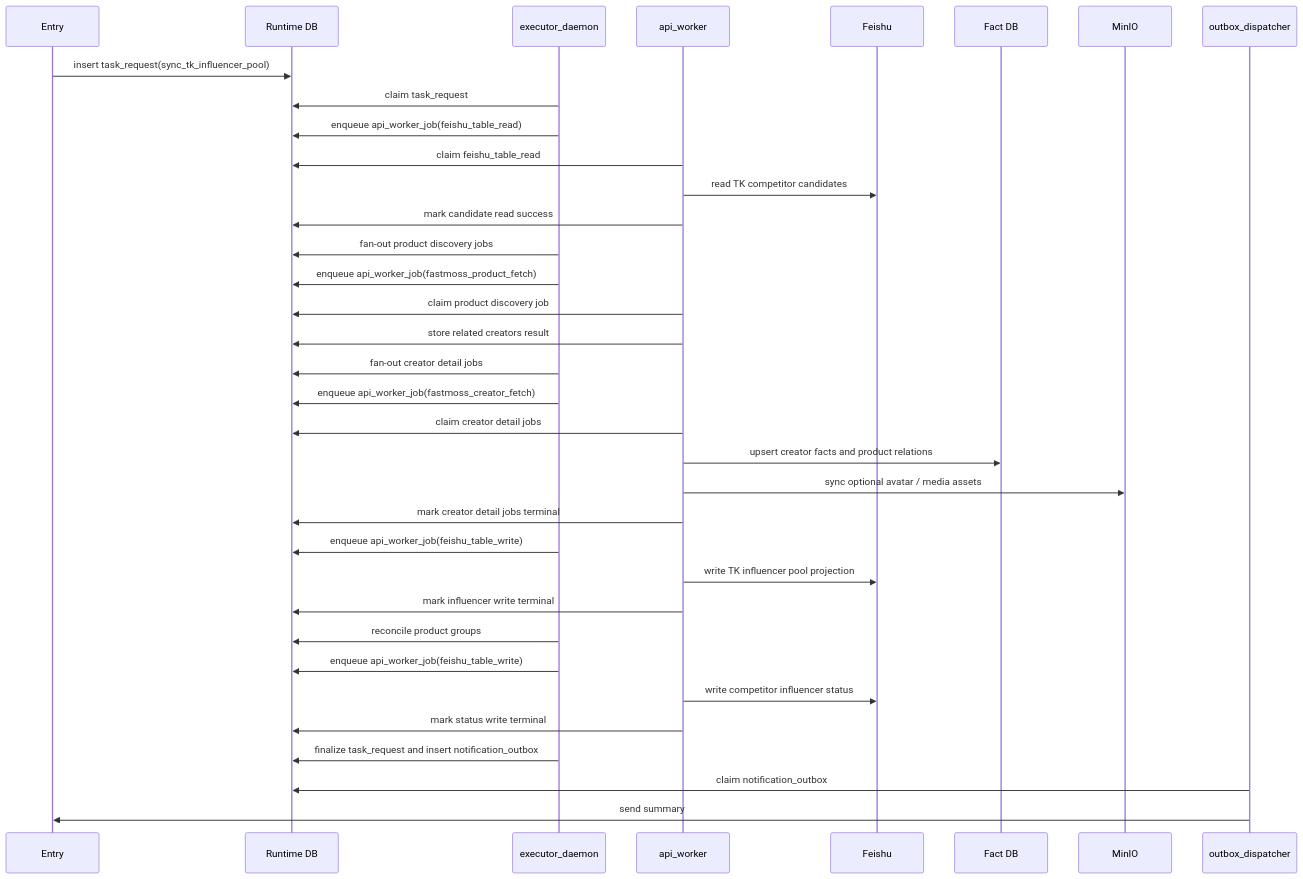
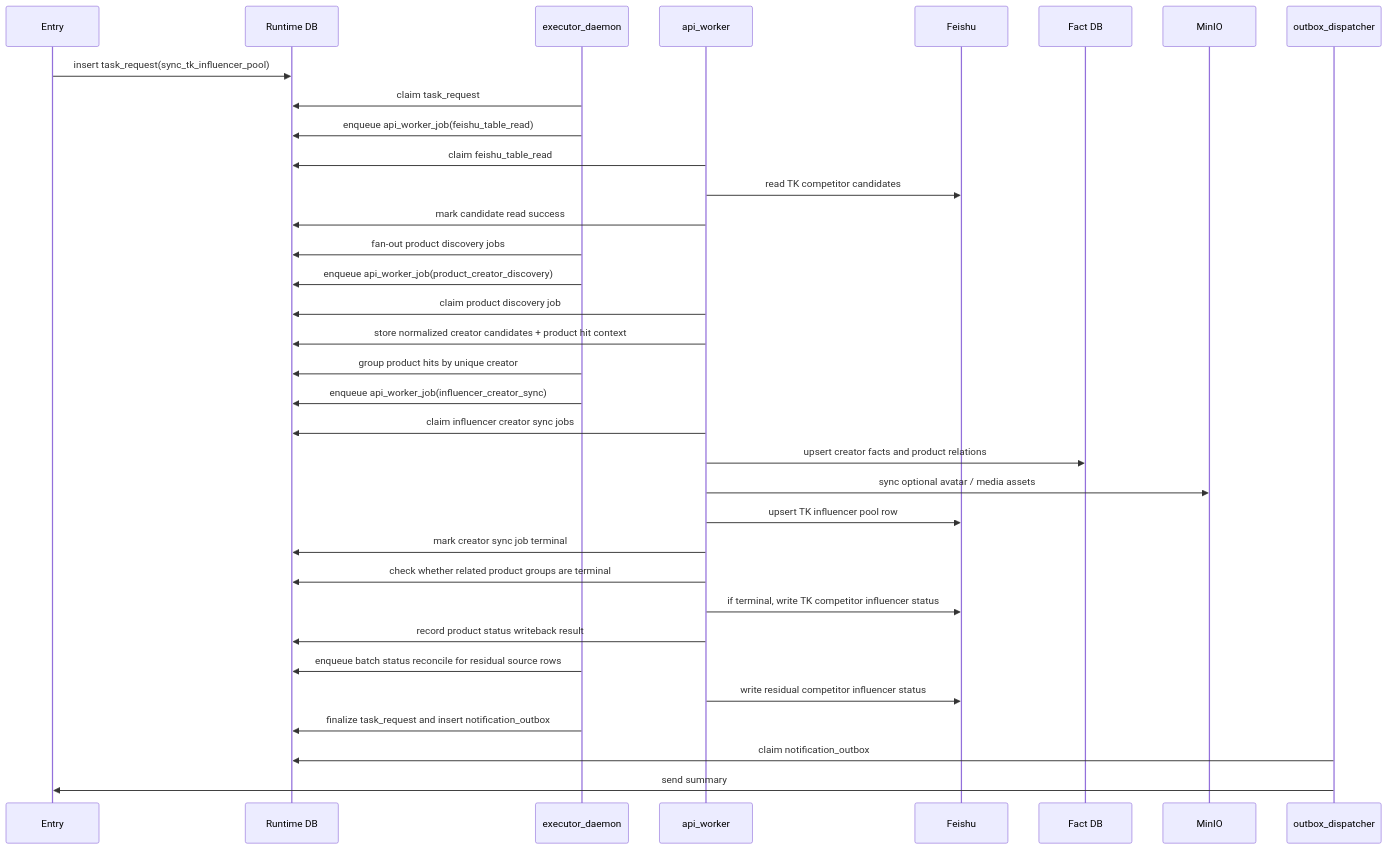
The second of 5 diagrams in docs/arch/workflow-influencer-pool-sync-design.md (knighterrantsky/mujitask), drawn with Mermaid before and after one commit. The commit also changed other lines of this file and 62 other files, not shown here.

Commit message:
Finalize project architecture contracts and workflow gates

````diff
--- a/docs/arch/workflow-influencer-pool-sync-design.md
+++ b/docs/arch/workflow-influencer-pool-sync-design.md
@@ -82,38 +82,37 @@
 ```mermaid
 sequenceDiagram
     participant Entry as Entry
     participant DB as Runtime DB
     participant Exec as executor_daemon
     participant API as api_worker
     participant Feishu as Feishu
     participant Fact as Fact DB
     participant Obj as MinIO
     participant Outbox as outbox_dispatcher
 
     Entry->>DB: insert task_request(sync_tk_influencer_pool)
     Exec->>DB: claim task_request
     Exec->>DB: enqueue api_worker_job(feishu_table_read)
     API->>DB: claim feishu_table_read
     API->>Feishu: read TK competitor candidates
     API->>DB: mark candidate read success
     Exec->>DB: fan-out product discovery jobs
-    Exec->>DB: enqueue api_worker_job(fastmoss_product_fetch)
+    Exec->>DB: enqueue api_worker_job(product_creator_discovery)
     API->>DB: claim product discovery job
-    API->>DB: store related creators result
-    Exec->>DB: fan-out creator detail jobs
-    Exec->>DB: enqueue api_worker_job(fastmoss_creator_fetch)
-    API->>DB: claim creator detail jobs
+    API->>DB: store normalized creator candidates + product hit context
+    Exec->>DB: group product hits by unique creator
+    Exec->>DB: enqueue api_worker_job(influencer_creator_sync)
+    API->>DB: claim influencer creator sync jobs
     API->>Fact: upsert creator facts and product relations
     API->>Obj: sync optional avatar / media assets
-    API->>DB: mark creator detail jobs terminal
-    Exec->>DB: enqueue api_worker_job(feishu_table_write)
-    API->>Feishu: write TK influencer pool projection
-    API->>DB: mark influencer write terminal
-    Exec->>DB: reconcile product groups
-    Exec->>DB: enqueue api_worker_job(feishu_table_write)
-    API->>Feishu: write competitor influencer status
-    API->>DB: mark status write terminal
+    API->>Feishu: upsert TK influencer pool row
+    API->>DB: mark creator sync job terminal
+    API->>DB: check whether related product groups are terminal
+    API->>Feishu: if terminal, write TK competitor influencer status
+    API->>DB: record product status writeback result
+    Exec->>DB: enqueue batch status reconcile for residual source rows
+    API->>Feishu: write residual competitor influencer status
     Exec->>DB: finalize task_request and insert notification_outbox
     Outbox->>DB: claim notification_outbox
     Outbox->>Entry: send summary
 ```
````
